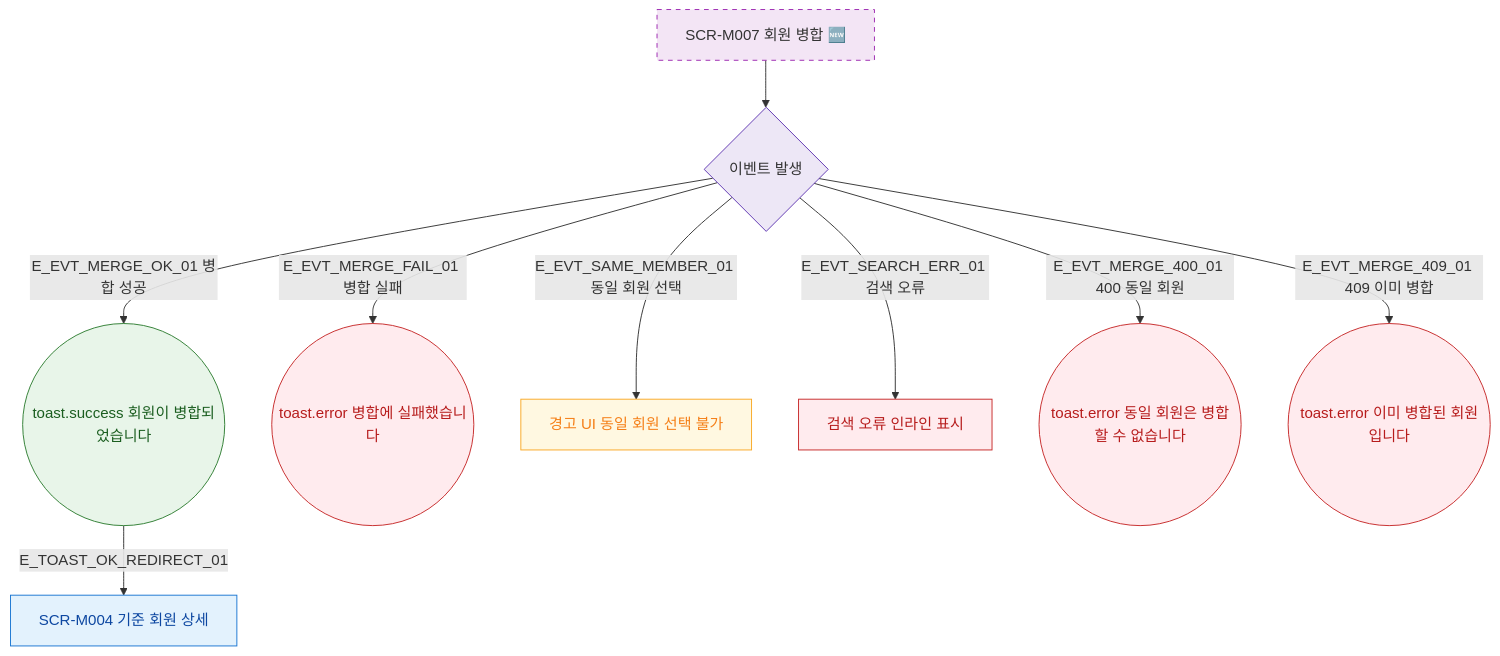
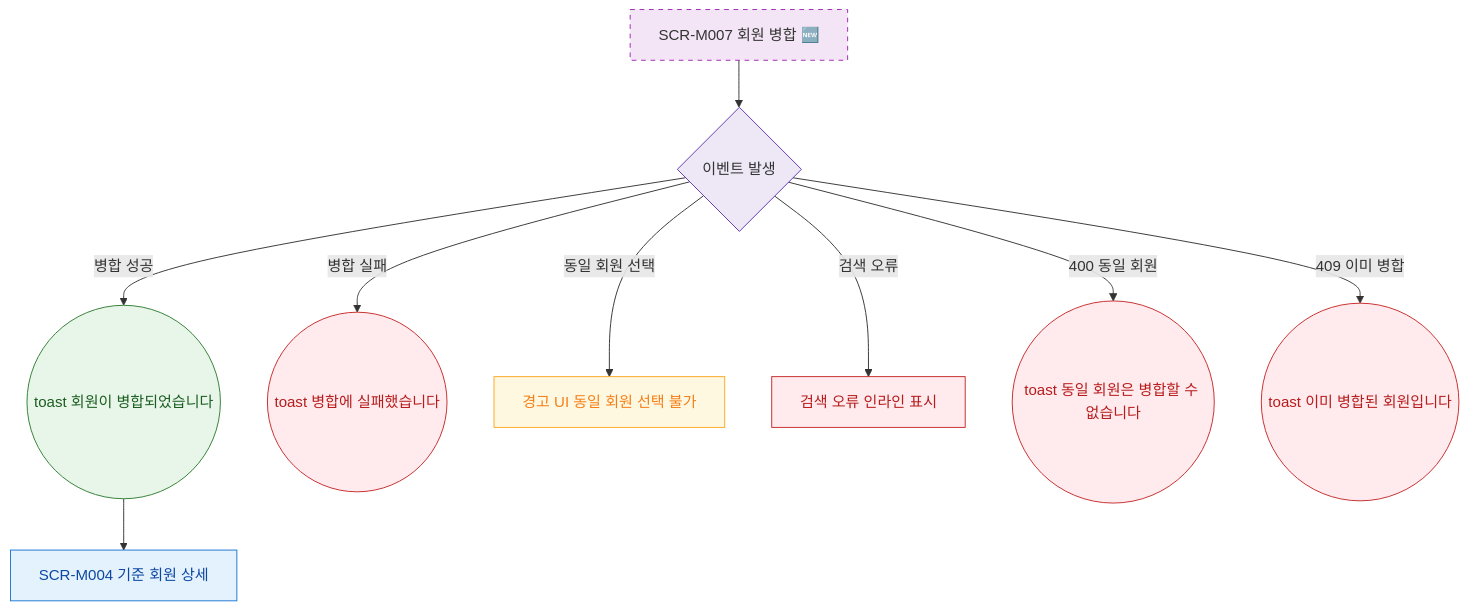
Before and after one commit to dev-spogym/admin-pando: the diagram in docs/다이어그램/D02_회원관리/SCR-M007_회원병합/F9_토스트피드백.md, drawn with Mermaid. The commit also changed other lines of this file and 1660 other files, not shown here.

First line of the commit message:
다이어그램: 기획자/클라이언트 납품본으로 정리

````diff
--- a/docs/다이어그램/D02_회원관리/SCR-M007_회원병합/F9_토스트피드백.md
+++ b/docs/다이어그램/D02_회원관리/SCR-M007_회원병합/F9_토스트피드백.md
@@ -22,29 +20,29 @@
 ```mermaid
 flowchart TD
   SCR_M007[SCR-M007 회원 병합 🆕]
 
   SCR_M007 --> EVT{이벤트 발생}
 
-  EVT -->|E_EVT_MERGE_OK_01 병합 성공| TOAST_OK((toast.success 회원이 병합되었습니다))
-  EVT -->|E_EVT_MERGE_FAIL_01 병합 실패| TOAST_ERR((toast.error 병합에 실패했습니다))
-  EVT -->|E_EVT_SAME_MEMBER_01 동일 회원 선택| WARN_UI[경고 UI 동일 회원 선택 불가]
-  EVT -->|E_EVT_SEARCH_ERR_01 검색 오류| SEARCH_ERR_UI[검색 오류 인라인 표시]
-  EVT -->|E_EVT_MERGE_400_01 400 동일 회원| TOAST_400((toast.error 동일 회원은 병합할 수 없습니다))
-  EVT -->|E_EVT_MERGE_409_01 409 이미 병합| TOAST_409((toast.error 이미 병합된 회원입니다))
+  EVT -->|병합 성공|TOAST_OK((toast 회원이 병합되었습니다))
+  EVT -->|병합 실패|TOAST_ERR((toast 병합에 실패했습니다))
+  EVT -->|동일 회원 선택|WARN_UI[경고 UI 동일 회원 선택 불가]
+  EVT -->|검색 오류|SEARCH_ERR_UI[검색 오류 인라인 표시]
+  EVT -->|400 동일 회원|TOAST_400((toast 동일 회원은 병합할 수 없습니다))
+  EVT -->|409 이미 병합|TOAST_409((toast 이미 병합된 회원입니다))
 
-  TOAST_OK -->|E_TOAST_OK_REDIRECT_01| SCR_M004[SCR-M004 기준 회원 상세]
+  TOAST_OK --> SCR_M004[SCR-M004 기준 회원 상세]
 
-  classDef screen     fill:#E3F2FD,stroke:#1976D2,color:#0D47A1
+  classDef screen fill:#E3F2FD,stroke:#1976D2,color:#0D47A1
   classDef newFeature fill:#F3E5F5,stroke:#9C27B0,stroke-dasharray:5 5
-  classDef success    fill:#E8F5E9,stroke:#2E7D32,color:#1B5E20
-  classDef error      fill:#FFEBEE,stroke:#C62828,color:#B71C1C
-  classDef warning    fill:#FFF8E1,stroke:#F9A825,color:#F57F17
-  classDef system     fill:#EDE7F6,stroke:#5E35B2
+  classDef success fill:#E8F5E9,stroke:#2E7D32,color:#1B5E20
+  classDef error fill:#FFEBEE,stroke:#C62828,color:#B71C1C
+  classDef warning fill:#FFF8E1,stroke:#F9A825,color:#F57F17
+  classDef system fill:#EDE7F6,stroke:#5E35B2
 
   class SCR_M004 screen
   class SCR_M007 newFeature
   class TOAST_OK success
   class TOAST_ERR,TOAST_400,TOAST_409,SEARCH_ERR_UI error
   class WARN_UI warning
   class EVT system
 ```
````
